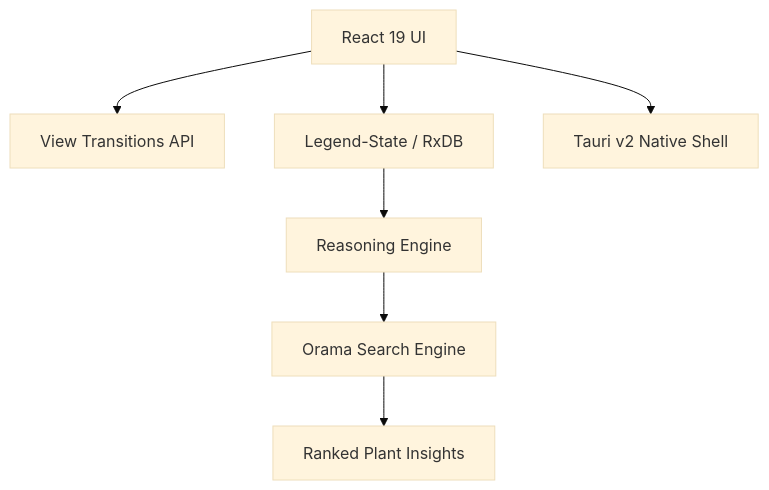
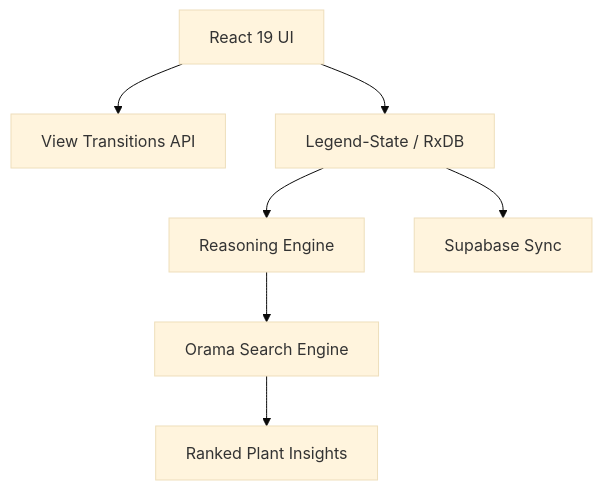
One commit to shahriarhaqueabir/LovelyGarden changed the diagram in README.md. Above: the diagram before and after it, drawn with Mermaid (base theme). The commit also changed other lines of this file and 76 other files, not shown here.

Commit message:
feat: add auth-first onboarding flow

````diff
--- a/README.md
+++ b/README.md
@@ -55,9 +54,9 @@
 ```mermaid
 graph TD
     UI[React 19 UI] --> View[View Transitions API]
     UI --> Store[Legend-State / RxDB]
     Store --> Engine[Reasoning Engine]
     Engine --> Search[Orama Search Engine]
     Search --> Result[Ranked Plant Insights]
-    UI --> Native[Tauri v2 Native Shell]
+    Store --> Sync[Supabase Sync]
 ```
````
